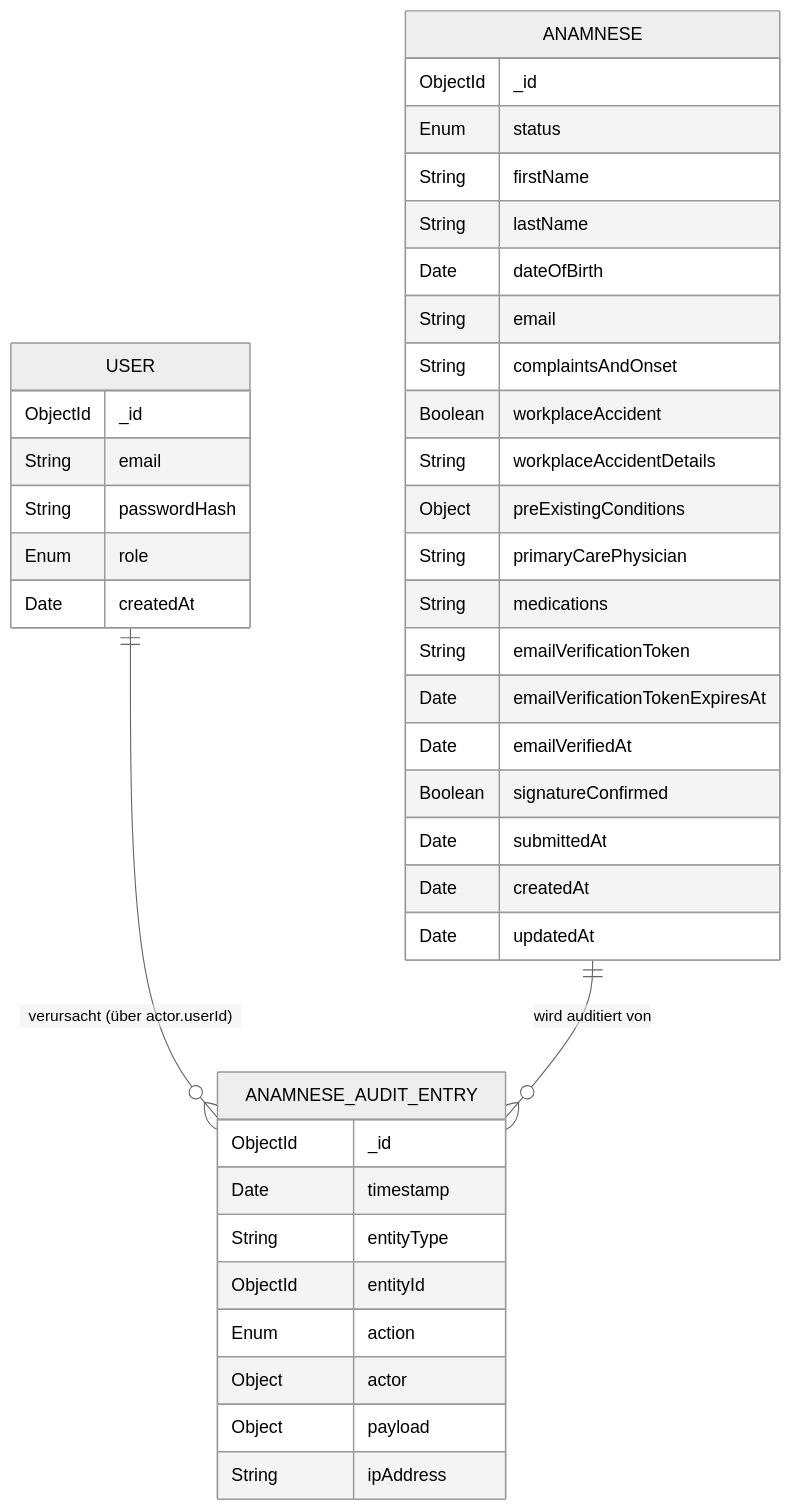
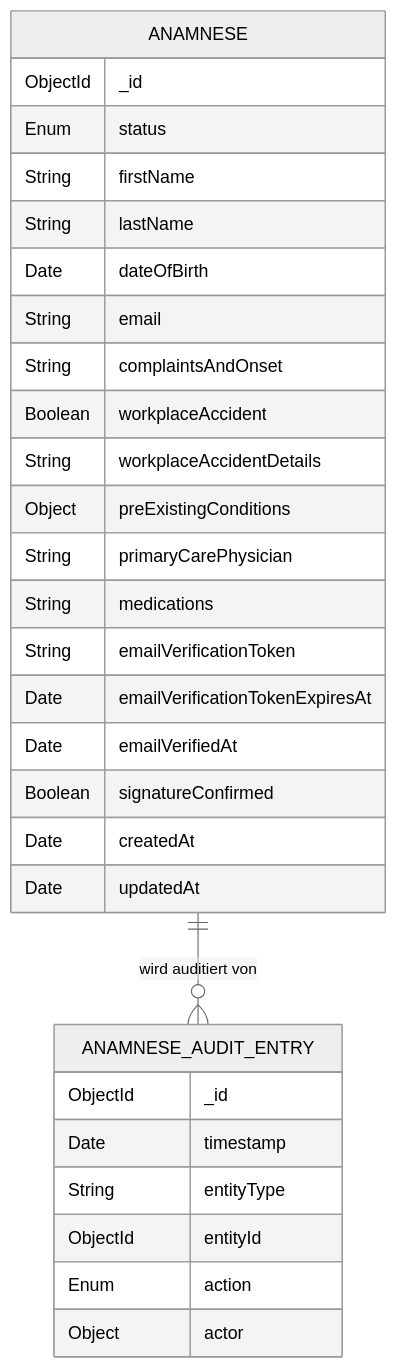
Before and after one commit to JulLeuverink/schoen-klinik-coding-challenge: the second of 4 diagrams in docs/architektur.md, drawn with Mermaid (neutral theme). The commit also changed other lines of this file and 16 other files, not shown here.

````diff
--- a/docs/architektur.md
+++ b/docs/architektur.md
@@ -48,43 +48,32 @@
 ```mermaid
 erDiagram
-    USER ||--o{ ANAMNESE_AUDIT_ENTRY : "verursacht (über actor.userId)"
     ANAMNESE ||--o{ ANAMNESE_AUDIT_ENTRY : "wird auditiert von"
-    USER {
-        ObjectId _id
-        String email
-        String passwordHash
-        Enum role
-        Date createdAt
-    }
     ANAMNESE {
         ObjectId _id
         Enum status
         String firstName
         String lastName
         Date dateOfBirth
         String email
         String complaintsAndOnset
         Boolean workplaceAccident
         String workplaceAccidentDetails
         Object preExistingConditions
         String primaryCarePhysician
         String medications
         String emailVerificationToken
         Date emailVerificationTokenExpiresAt
         Date emailVerifiedAt
         Boolean signatureConfirmed
-        Date submittedAt
         Date createdAt
         Date updatedAt
     }
     ANAMNESE_AUDIT_ENTRY {
         ObjectId _id
         Date timestamp
         String entityType
         ObjectId entityId
         Enum action
         Object actor
-        Object payload
-        String ipAddress
     }
 ```
````
